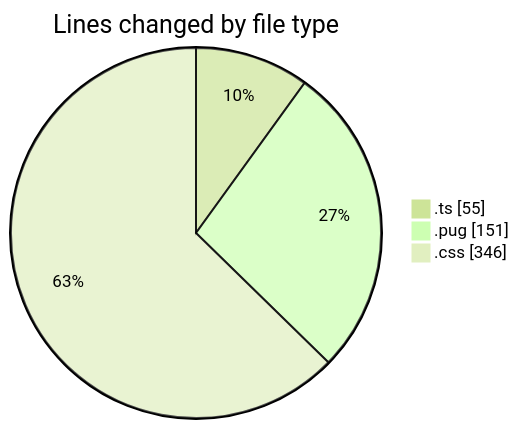
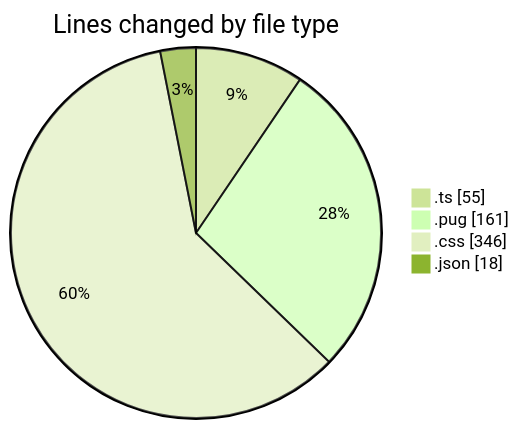
The first of 2 diagrams in 2025-10-31/cda/README.md (momahboobian/code-tracking), drawn with Mermaid (forest theme) before and after one commit. The commit also changed other lines of this file and 1 other file, not shown here.

````diff
--- a/2025-10-31/cda/README.md
+++ b/2025-10-31/cda/README.md
@@ -24,7 +25,8 @@
 ```mermaid
 pie showData
 title Lines changed by file type
 ".ts" : 55
-".pug" : 151
+".pug" : 161
 ".css" : 346
+".json" : 18
 ```
````
